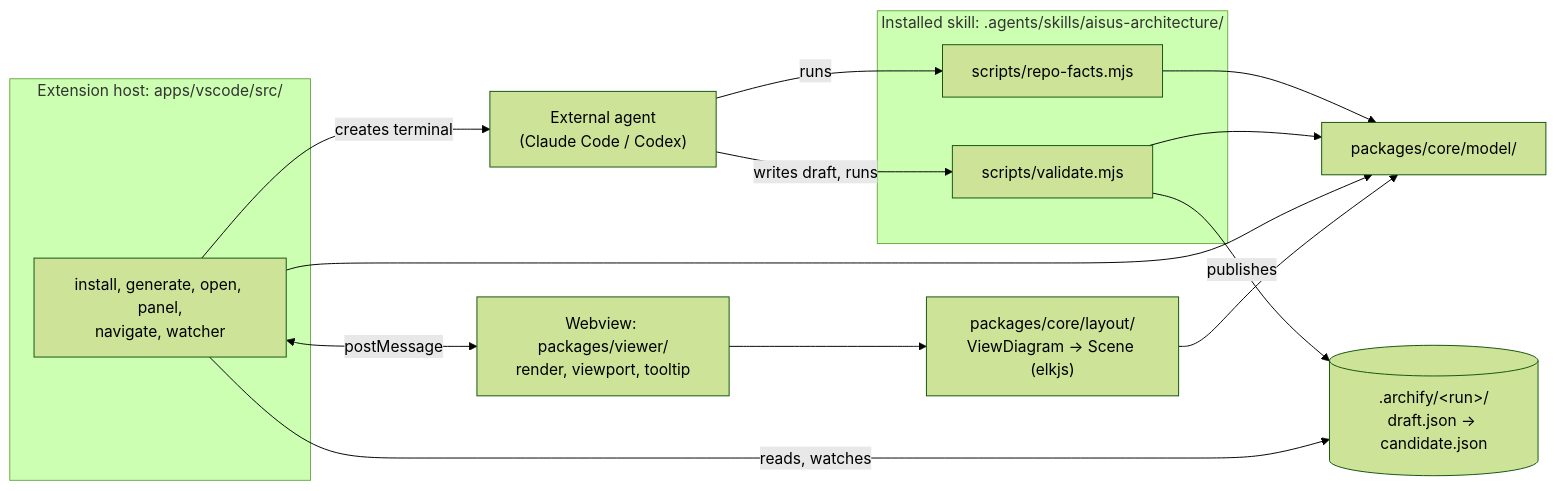
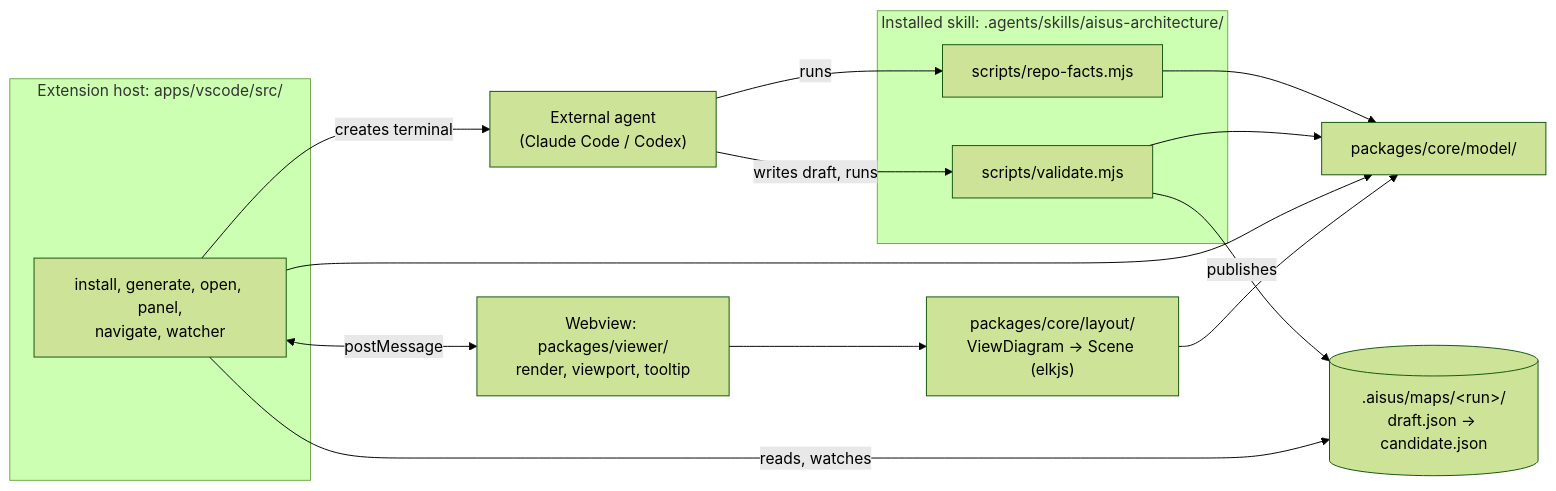
One commit to aisusdev/aisus changed the first of 4 diagrams in docs/architecture.md. Above: the diagram before and after it, drawn with Mermaid (forest theme). The commit also changed other lines of this file and 130 other files, not shown here.

First line of the commit message:
v0.3 toolkit cut: maps live in .aisus/maps/ and learning sessions in .aisus/sessions/

````diff
--- a/docs/architecture.md
+++ b/docs/architecture.md
@@ -9,27 +9,27 @@
 ```mermaid
 flowchart LR
   agent["External agent<br/>(Claude Code / Codex)"]
   subgraph skill["Installed skill: .agents/skills/aisus-architecture/"]
     rf["scripts/repo-facts.mjs"]
     val["scripts/validate.mjs"]
   end
   subgraph ext["Extension host: apps/vscode/src/"]
     host["install, generate, open, panel,<br/>navigate, watcher"]
   end
   web["Webview: packages/viewer/<br/>render, viewport, tooltip"]
   model["packages/core/model/"]
   layout["packages/core/layout/<br/>ViewDiagram → Scene (elkjs)"]
-  disk[(".archify/&lt;run&gt;/<br/>draft.json → candidate.json")]
+  disk[(".aisus/maps/&lt;run&gt;/<br/>draft.json → candidate.json")]
 
   agent -- "runs" --> rf
   agent -- "writes draft, runs" --> val
   rf --> model
   val --> model
   val -- "publishes" --> disk
   host --> model
   host <-- "postMessage" --> web
   web --> layout
   layout --> model
   host -- "reads, watches" --> disk
   host -- "creates terminal" --> agent
 ```
````
